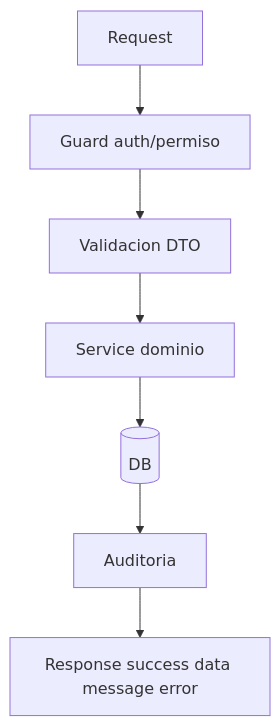
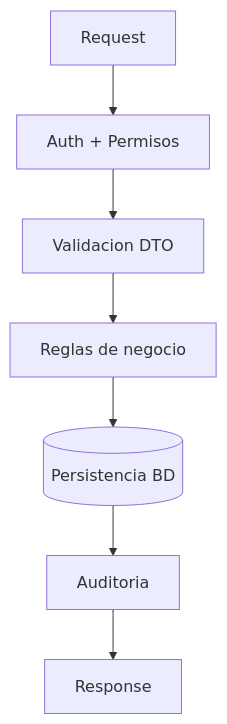
Before and after one commit to Robertoart13/NewKipital: the diagram in docs/06-backend-api-db/BACKEND-API-DB-CONSOLIDADO.md, drawn with Mermaid. The commit also changed other lines of this file and 119 other files, not shown here.

````diff
--- a/docs/06-backend-api-db/BACKEND-API-DB-CONSOLIDADO.md
+++ b/docs/06-backend-api-db/BACKEND-API-DB-CONSOLIDADO.md
@@ -8,9 +15,9 @@
 ```mermaid
 flowchart TD
-  A[Request] --> B[Guard auth/permiso]
+  A[Request] --> B[Auth + Permisos]
   B --> C[Validacion DTO]
-  C --> D[Service dominio]
-  D --> E[(DB)]
+  C --> D[Reglas de negocio]
+  D --> E[(Persistencia BD)]
   E --> F[Auditoria]
-  F --> G[Response success data message error]
+  F --> G[Response]
 ```
````
